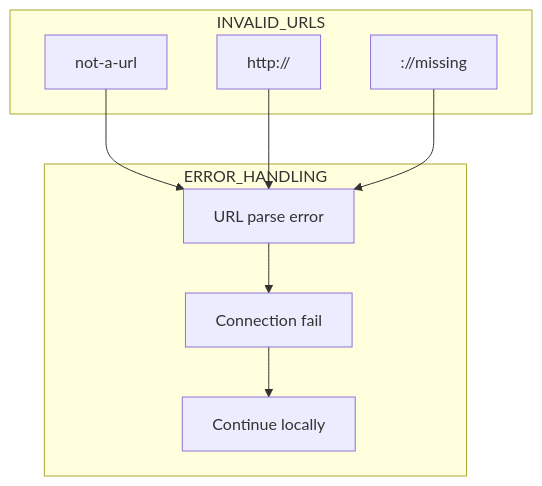
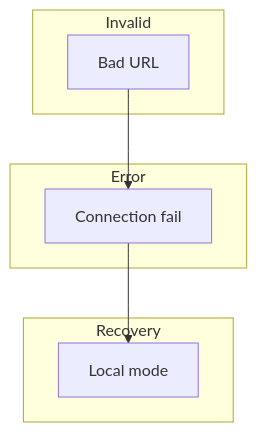
Before and after one commit to wisrovi/wpipe: the third of 5 diagrams in examples/api_pipeline/18_invalid_url/README.md, drawn with Mermaid. The commit also changed other lines of this file and 20 other files, not shown here.

First line of the commit message:
Simplify Mermaid diagrams for better rendering

````diff
--- a/examples/api_pipeline/18_invalid_url/README.md
+++ b/examples/api_pipeline/18_invalid_url/README.md
@@ -34,20 +34,17 @@
 ```mermaid
 graph TB
-    subgraph INVALID_URLS
-        U1[not-a-url]
-        U2[http://]
-        U3[://missing]
+    subgraph Invalid
+        A[Bad URL]
     end
     
-    subgraph ERROR_HANDLING
-        E1[URL parse error]
-        E2[Connection fail]
-        E3[Continue locally]
+    subgraph Error
+        B[Connection fail]
     end
     
-    U1 --> E1
-    U2 --> E1
-    U3 --> E1
-    E1 --> E2
-    E2 --> E3
+    subgraph Recovery
+        C[Local mode]
+    end
+    
+    A --> B
+    B --> C
 ```
````
